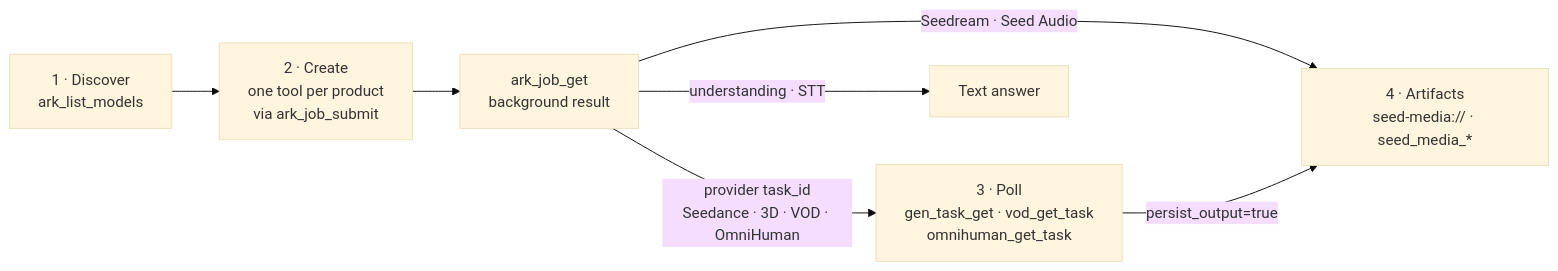
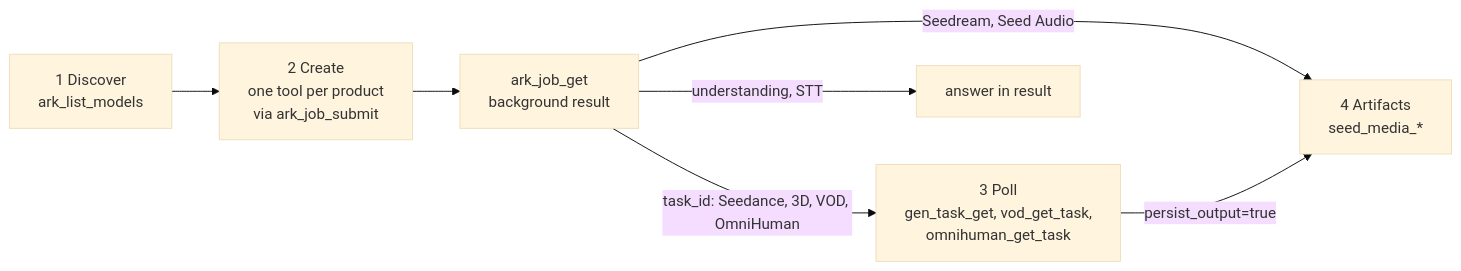
The diagram in .agents/skills/ark-mcp/SKILL.md (byteplus-sa/ark-mcp), drawn with Mermaid (base theme) before and after one commit. The commit also changed other lines of this file and 13 other files, not shown here.

````diff
--- a/.agents/skills/ark-mcp/SKILL.md
+++ b/.agents/skills/ark-mcp/SKILL.md
@@ -39,9 +34,9 @@
 ```mermaid
 flowchart LR
-    discover["1 · Discover<br/>ark_list_models"] --> create["2 · Create<br/>one tool per product<br/>via ark_job_submit"]
+    discover["1 Discover<br/>ark_list_models"] --> create["2 Create<br/>one tool per product<br/>via ark_job_submit"]
     create --> job["ark_job_get<br/>background result"]
-    job -->|"provider task_id<br/>Seedance · 3D · VOD · OmniHuman"| poll["3 · Poll<br/>gen_task_get · vod_get_task<br/>omnihuman_get_task"]
-    job -->|"Seedream · Seed Audio"| artifacts["4 · Artifacts<br/>seed-media:// · seed_media_*"]
-    job -->|"understanding · STT"| text["Text answer"]
+    job -->|"task_id: Seedance, 3D, VOD, OmniHuman"| poll["3 Poll<br/>gen_task_get, vod_get_task,<br/>omnihuman_get_task"]
+    job -->|"Seedream, Seed Audio"| artifacts["4 Artifacts<br/>seed_media_*"]
+    job -->|"understanding, STT"| text["answer in result"]
     poll -->|"persist_output=true"| artifacts
 ```
````
